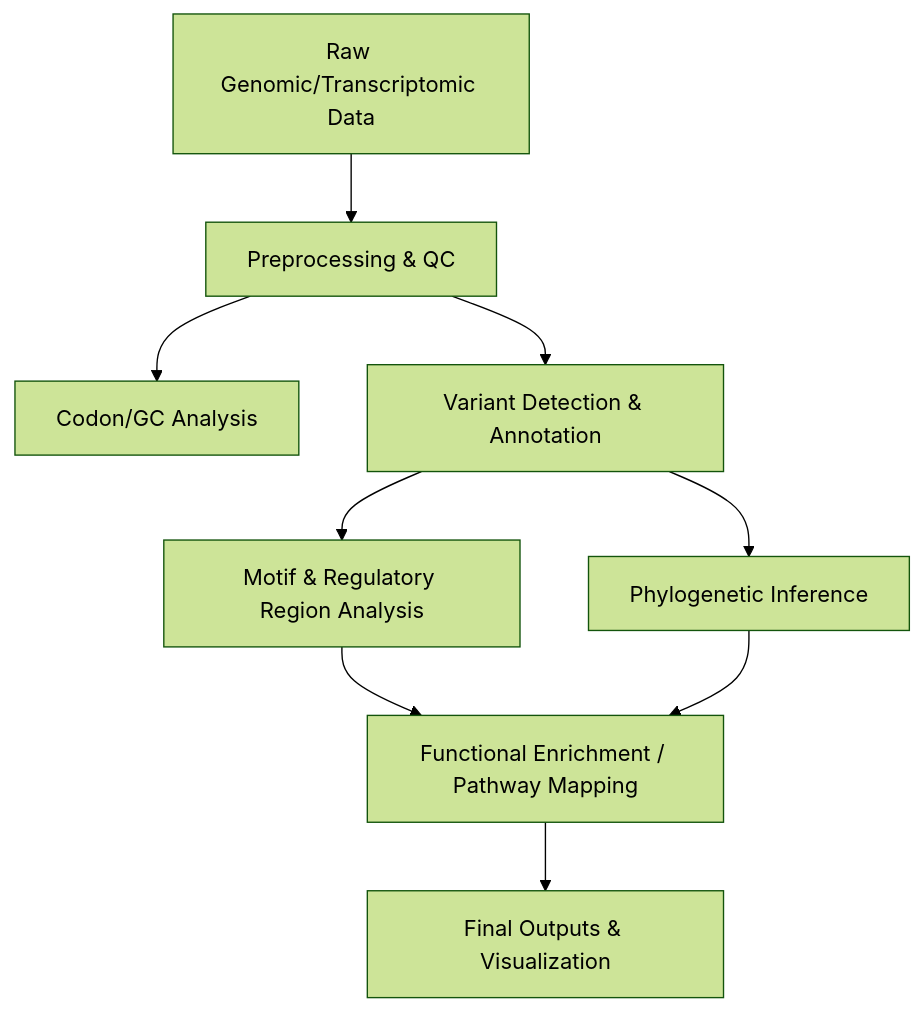
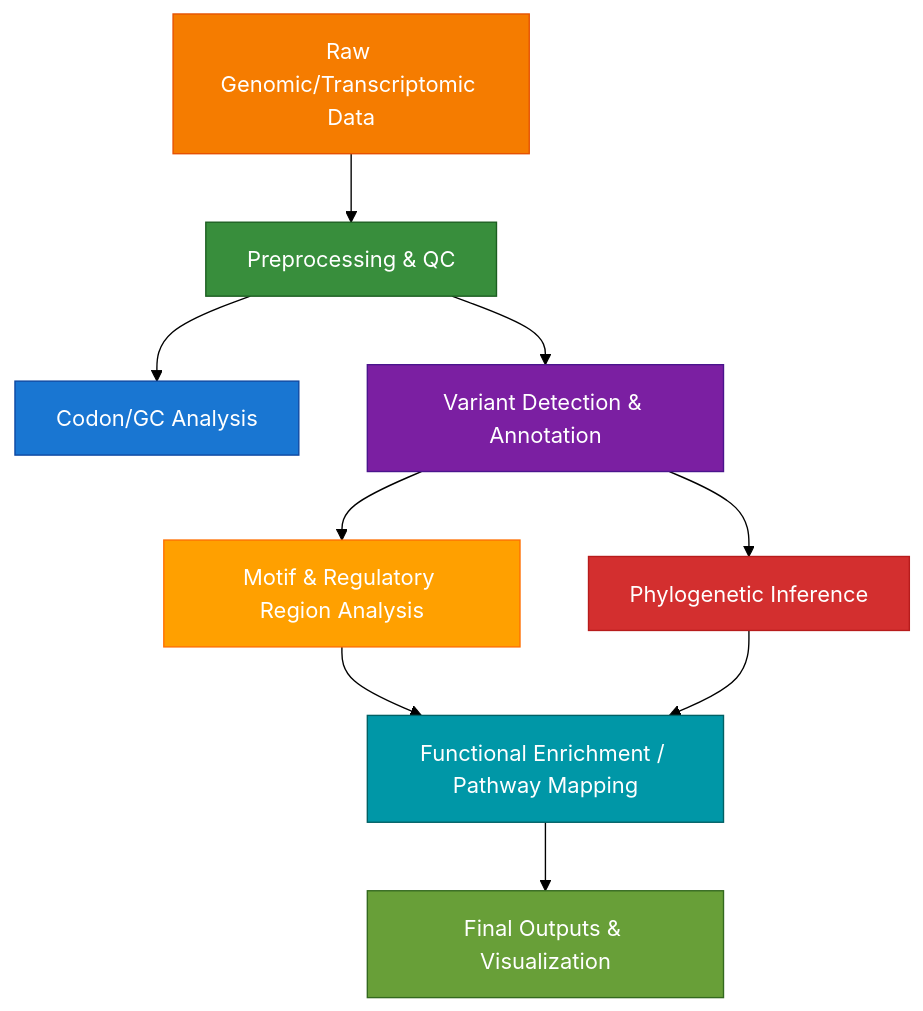
The diagram in README.md (Aridoge13/Computational_Biology), drawn with Mermaid (forest theme) before and after one commit.

Commit message:
Polish for CVs

````diff
--- a/README.md
+++ b/README.md
@@ -29,11 +29,21 @@
 ```mermaid
 graph TD
   A[Raw Genomic/Transcriptomic Data] --> B[Preprocessing & QC]
   B --> C[Codon/GC Analysis]
   B --> D[Variant Detection & Annotation]
   D --> E[Phylogenetic Inference]
   D --> F[Motif & Regulatory Region Analysis]
   F --> G[Functional Enrichment / Pathway Mapping]
   E --> G
   G --> H[Final Outputs & Visualization]
+
+  %% Color definitions (must be on separate lines)
+  style A fill:#f57c00,stroke:#e65100,color:#ffffff
+  style B fill:#388e3c,stroke:#1b5e20,color:#ffffff
+  style C fill:#1976d2,stroke:#0d47a1,color:#ffffff
+  style D fill:#7b1fa2,stroke:#4a148c,color:#ffffff
+  style E fill:#d32f2f,stroke:#b71c1c,color:#ffffff
+  style F fill:#ffa000,stroke:#ff6f00,color:#ffffff
+  style G fill:#0097a7,stroke:#006064,color:#ffffff
+  style H fill:#689f38,stroke:#33691e,color:#ffffff
 ```
````
